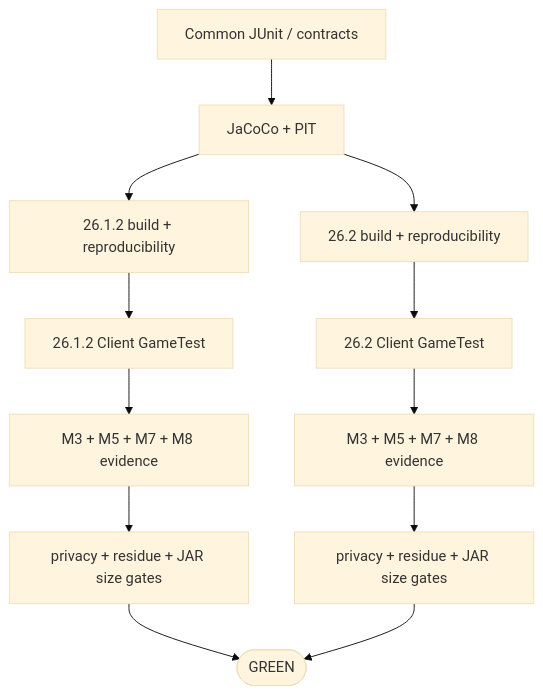
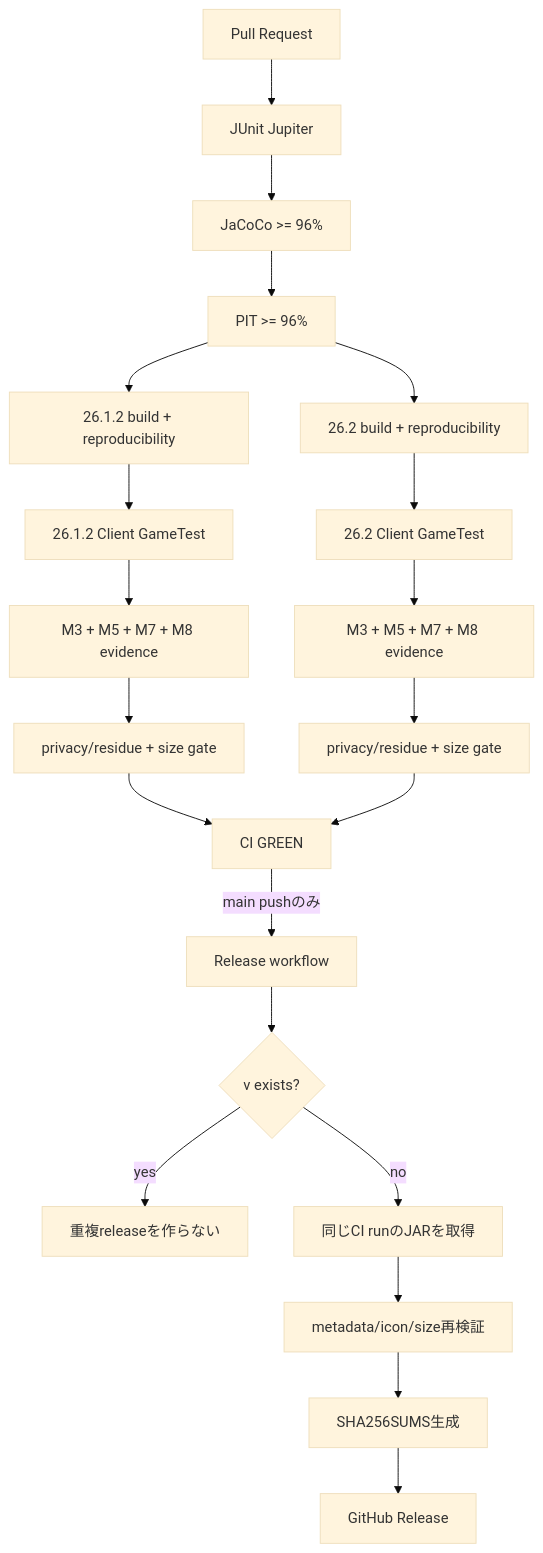
Before and after one commit to bosatsu25/BlockLens: the third of 4 diagrams in README_ja.md, drawn with Mermaid (base theme). The commit also changed other lines of this file, not shown here.

````diff
--- a/README_ja.md
+++ b/README_ja.md
@@ -174,14 +113,23 @@
 ```mermaid
 flowchart TD
-    C[Common JUnit / contracts] --> Q[JaCoCo + PIT]
-    Q --> B1[26.1.2 build + reproducibility]
-    Q --> B2[26.2 build + reproducibility]
+    PR[Pull Request] --> U[JUnit Jupiter]
+    U --> J[JaCoCo >= 96%]
+    J --> P[PIT >= 96%]
+    P --> B1[26.1.2 build + reproducibility]
+    P --> B2[26.2 build + reproducibility]
     B1 --> G1[26.1.2 Client GameTest]
     B2 --> G2[26.2 Client GameTest]
     G1 --> E1[M3 + M5 + M7 + M8 evidence]
     G2 --> E2[M3 + M5 + M7 + M8 evidence]
-    E1 --> S1[privacy + residue + JAR size gates]
-    E2 --> S2[privacy + residue + JAR size gates]
-    S1 --> GREEN([GREEN])
-    S2 --> GREEN
+    E1 --> A1[privacy/residue + size gate]
+    E2 --> A2[privacy/residue + size gate]
+    A1 --> GREEN[CI GREEN]
+    A2 --> GREEN
+    GREEN -->|main pushのみ| REL[Release workflow]
+    REL --> VER{v<mod_version> exists?}
+    VER -- yes --> STOP[重複releaseを作らない]
+    VER -- no --> DL[同じCI runのJARを取得]
+    DL --> RV[metadata/icon/size再検証]
+    RV --> SHA[SHA256SUMS生成]
+    SHA --> PUB[GitHub Release]
 ```
````
